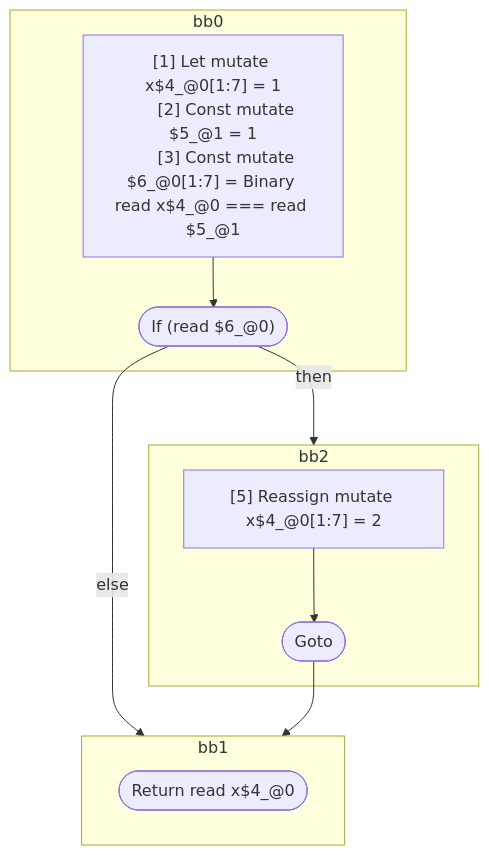
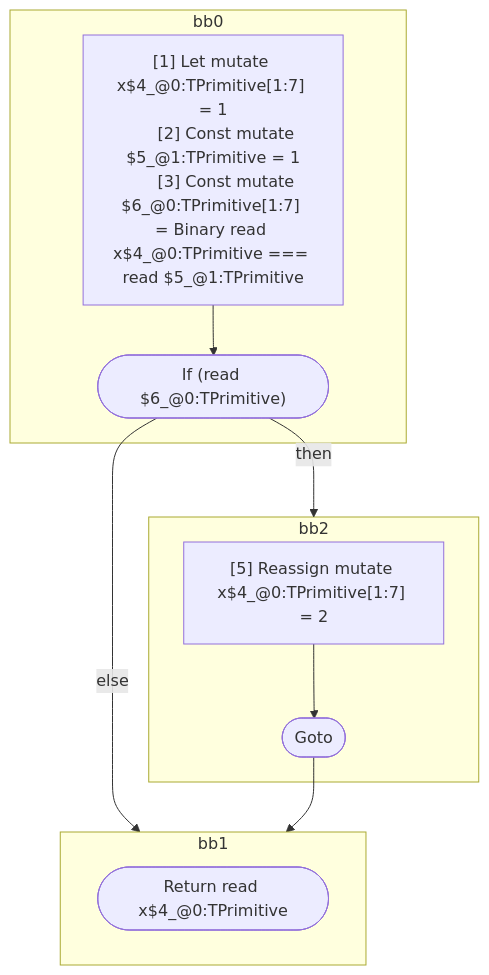
The diagram in compiler/forget/src/__tests__/fixtures/hir/ssa-return.expect.md (wutsmog/private), drawn with Mermaid before and after one commit. The commit also changed other lines of this file and 112 other files, not shown here.

````diff
--- a/compiler/forget/src/__tests__/fixtures/hir/ssa-return.expect.md
+++ b/compiler/forget/src/__tests__/fixtures/hir/ssa-return.expect.md
@@ -54,27 +54,27 @@
 ```mermaid
 flowchart TB
   %% Basic Blocks
   subgraph bb0
     bb0_instrs["
-      [1] Let mutate x$4_@0[1:7] = 1
-      [2] Const mutate $5_@1 = 1
-      [3] Const mutate $6_@0[1:7] = Binary read x$4_@0 === read $5_@1
+      [1] Let mutate x$4_@0:TPrimitive[1:7] = 1
+      [2] Const mutate $5_@1:TPrimitive = 1
+      [3] Const mutate $6_@0:TPrimitive[1:7] = Binary read x$4_@0:TPrimitive === read $5_@1:TPrimitive
     "]
-    bb0_instrs --> bb0_terminal(["If (read $6_@0)"])
+    bb0_instrs --> bb0_terminal(["If (read $6_@0:TPrimitive)"])
   end
   subgraph bb2
     bb2_instrs["
-      [5] Reassign mutate x$4_@0[1:7] = 2
+      [5] Reassign mutate x$4_@0:TPrimitive[1:7] = 2
     "]
     bb2_instrs --> bb2_terminal(["Goto"])
   end
   subgraph bb1
-    bb1_terminal(["Return read x$4_@0"])
+    bb1_terminal(["Return read x$4_@0:TPrimitive"])
   end
 
   %% Jumps
   bb0_terminal -- "then" --> bb2
   bb0_terminal -- "else" --> bb1
   bb2_terminal --> bb1
 
 ```
````
